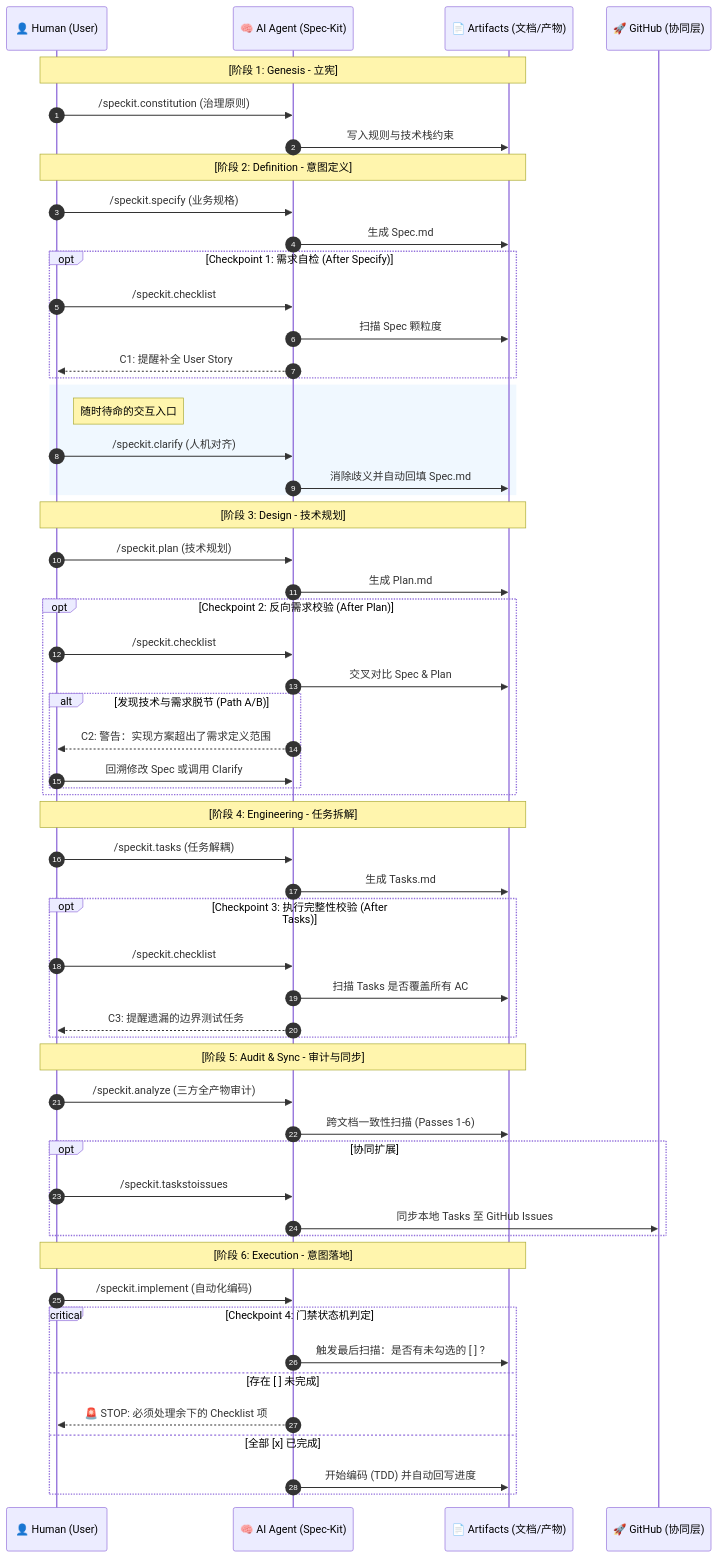
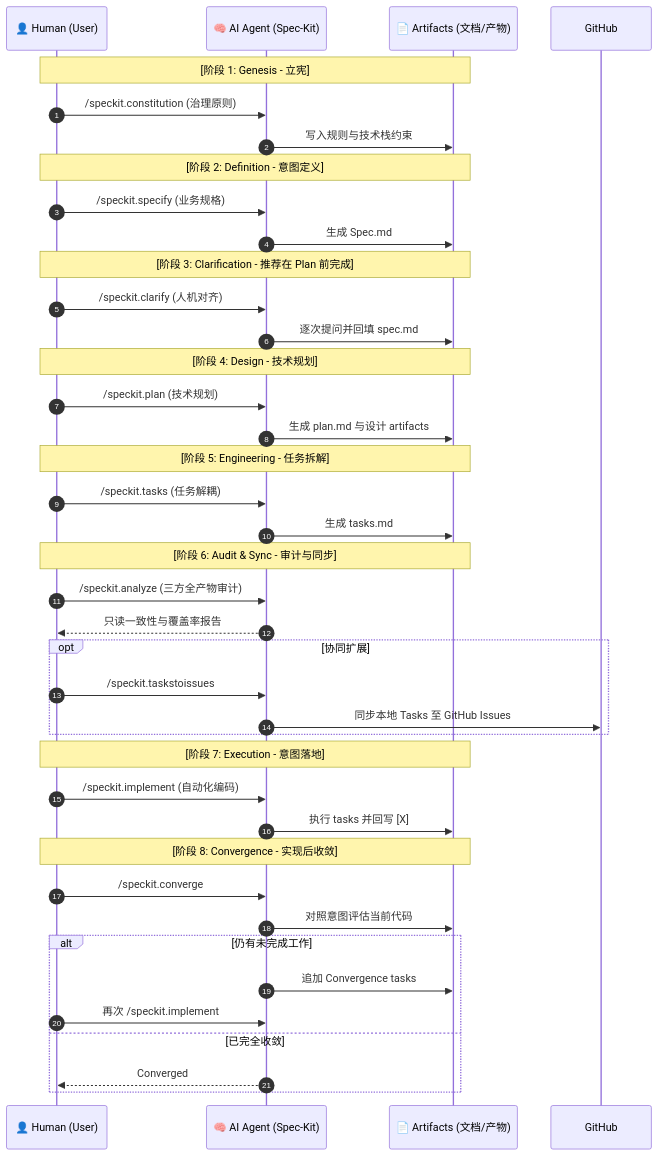
Before and after one commit to RbBtSn0w/rbbtsn0w.github.io: the diagram in _posts/2026-03-04-sdd-series-part-2-spec-kit.md, drawn with Mermaid. The commit also changed other lines of this file and 3 other files, not shown here.

Commit message:
fix: update descriptions and clarify Spec Kit command details in multiple articles

````diff
--- a/_posts/2026-03-04-sdd-series-part-2-spec-kit.md
+++ b/_posts/2026-03-04-sdd-series-part-2-spec-kit.md
@@ -76,71 +77,51 @@
 ```mermaid
 sequenceDiagram
     autonumber
     participant U as 👤 Human (User)
     participant A as 🧠 AI Agent (Spec-Kit)
     participant F as 📄 Artifacts (文档/产物)
-    participant G as 🚀 GitHub (协同层)
+    participant G as GitHub
 
     Note over U, F: [阶段 1: Genesis - 立宪]
     U->>A: /speckit.constitution (治理原则)
     A->>F: 写入规则与技术栈约束
 
     Note over U, F: [阶段 2: Definition - 意图定义]
     U->>A: /speckit.specify (业务规格)
     A->>F: 生成 Spec.md
     
-    opt Checkpoint 1: 需求自检 (After Specify)
-        U->>A: /speckit.checklist
-        A->>F: 扫描 Spec 颗粒度
-        A-->>U: C1: 提醒补全 User Story
-    end
+    Note over U, F: [阶段 3: Clarification - 推荐在 Plan 前完成]
+    U->>A: /speckit.clarify (人机对齐)
+    A->>F: 逐次提问并回填 spec.md
 
-    rect rgb(240, 248, 255)
-    Note right of U: 随时待命的交互入口
-    U->>A: /speckit.clarify (人机对齐)
-    A->>F: 消除歧义并自动回填 Spec.md
-    end
+    Note over U, F: [阶段 4: Design - 技术规划]
+    U->>A: /speckit.plan (技术规划)
+    A->>F: 生成 plan.md 与设计 artifacts
 
-    Note over U, F: [阶段 3: Design - 技术规划]
-    U->>A: /speckit.plan (技术规划)
-    A->>F: 生成 Plan.md
-    
-    opt Checkpoint 2: 反向需求校验 (After Plan)
-        U->>A: /speckit.checklist
-        A->>F: 交叉对比 Spec & Plan
-        alt 发现技术与需求脱节 (Path A/B)
-            A-->>U: C2: 警告：实现方案超出了需求定义范围
-            U->>A: 回溯修改 Spec 或调用 Clarify
-        end
-    end
+    Note over U, F: [阶段 5: Engineering - 任务拆解]
+    U->>A: /speckit.tasks (任务解耦)
+    A->>F: 生成 tasks.md
 
-    Note over U, F: [阶段 4: Engineering - 任务拆解]
-    U->>A: /speckit.tasks (任务解耦)
-    A->>F: 生成 Tasks.md
-    
-    opt Checkpoint 3: 执行完整性校验 (After Tasks)
-        U->>A: /speckit.checklist
-        A->>F: 扫描 Tasks 是否覆盖所有 AC
-        A-->>U: C3: 提醒遗漏的边界测试任务
-    end
-
-    Note over U, F: [阶段 5: Audit & Sync - 审计与同步]
+    Note over U, F: [阶段 6: Audit & Sync - 审计与同步]
     U->>A: /speckit.analyze (三方全产物审计)
-    A->>F: 跨文档一致性扫描 (Passes 1-6)
+    A-->>U: 只读一致性与覆盖率报告
     
     opt 协同扩展
         U->>A: /speckit.taskstoissues
         A->>G: 同步本地 Tasks 至 GitHub Issues
     end
 
-    Note over U, F: [阶段 6: Execution - 意图落地]
+    Note over U, F: [阶段 7: Execution - 意图落地]
     U->>A: /speckit.implement (自动化编码)
-    
-    critical Checkpoint 4: 门禁状态机判定
-        A->>F: 触发最后扫描：是否有未勾选的 [ ] ?
-        option 存在 [ ] 未完成
-            A-->>U: 🚨 STOP: 必须处理余下的 Checklist 项
-        option 全部 [x] 已完成
-            A->>F: 开始编码 (TDD) 并自动回写进度
+    A->>F: 执行 tasks 并回写 [X]
+
+    Note over U, F: [阶段 8: Convergence - 实现后收敛]
+    U->>A: /speckit.converge
+    A->>F: 对照意图评估当前代码
+    alt 仍有未完成工作
+        A->>F: 追加 Convergence tasks
+        U->>A: 再次 /speckit.implement
+    else 已完全收敛
+        A-->>U: Converged
     end
 ```
````
